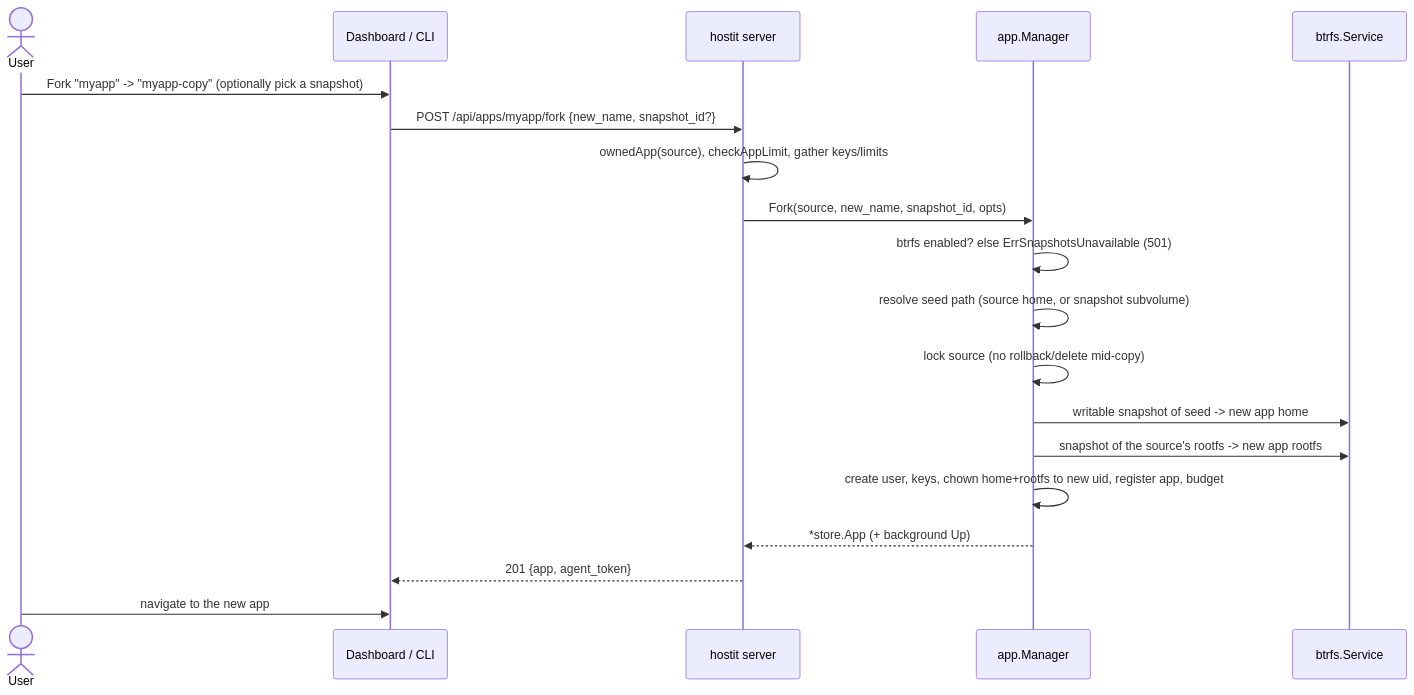
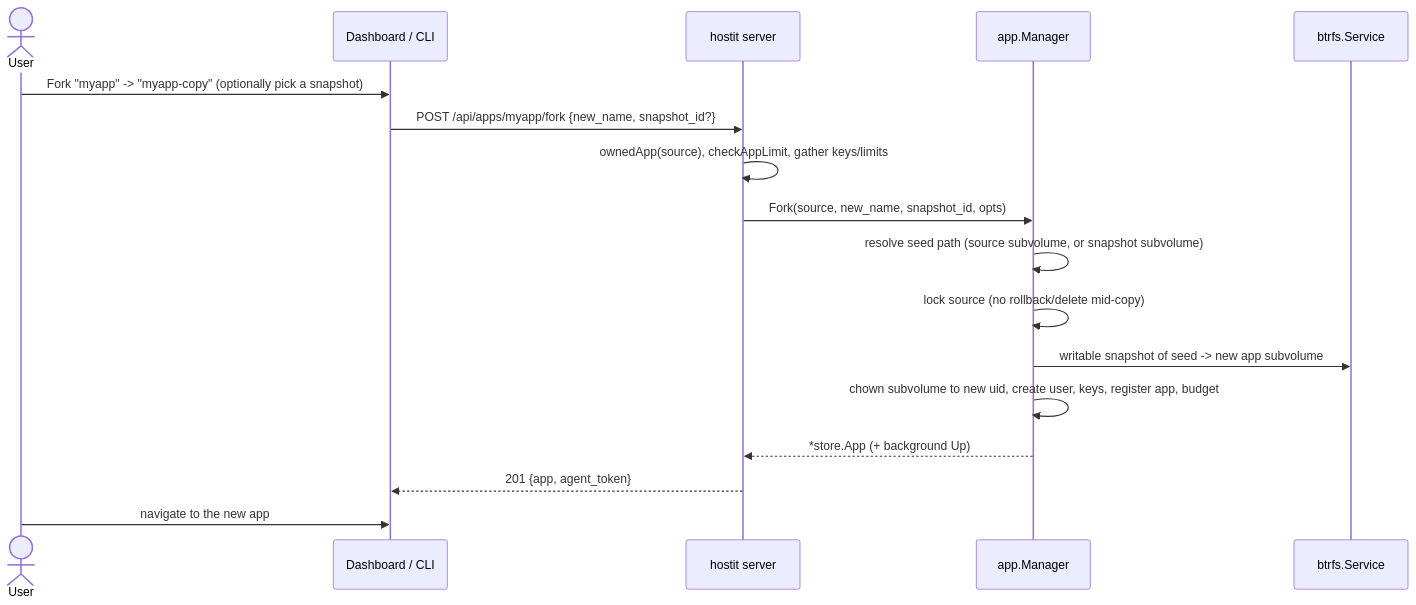
The diagram in docs/features/fork.md (binwiederhier/hostit), drawn with Mermaid before and after one commit. The commit also changed other lines of this file and 21 other files, not shown here.

````diff
--- a/docs/features/fork.md
+++ b/docs/features/fork.md
@@ -42,21 +45,19 @@
 ```mermaid
 sequenceDiagram
     actor User
     participant UI as Dashboard / CLI
     participant API as hostit server
     participant Mgr as app.Manager
     participant Btrfs as btrfs.Service
     User->>UI: Fork "myapp" -> "myapp-copy" (optionally pick a snapshot)
     UI->>API: POST /api/apps/myapp/fork {new_name, snapshot_id?}
     API->>API: ownedApp(source), checkAppLimit, gather keys/limits
     API->>Mgr: Fork(source, new_name, snapshot_id, opts)
-    Mgr->>Mgr: btrfs enabled? else ErrSnapshotsUnavailable (501)
-    Mgr->>Mgr: resolve seed path (source home, or snapshot subvolume)
+    Mgr->>Mgr: resolve seed path (source subvolume, or snapshot subvolume)
     Mgr->>Mgr: lock source (no rollback/delete mid-copy)
-    Mgr->>Btrfs: writable snapshot of seed -> new app home
-    Mgr->>Btrfs: snapshot of the source's rootfs -> new app rootfs
-    Mgr->>Mgr: create user, keys, chown home+rootfs to new uid, register app, budget
+    Mgr->>Btrfs: writable snapshot of seed -> new app subvolume
+    Mgr->>Mgr: chown subvolume to new uid, create user, keys, register app, budget
     Mgr-->>API: *store.App (+ background Up)
     API-->>UI: 201 {app, agent_token}
     User->>UI: navigate to the new app
 ```
````
